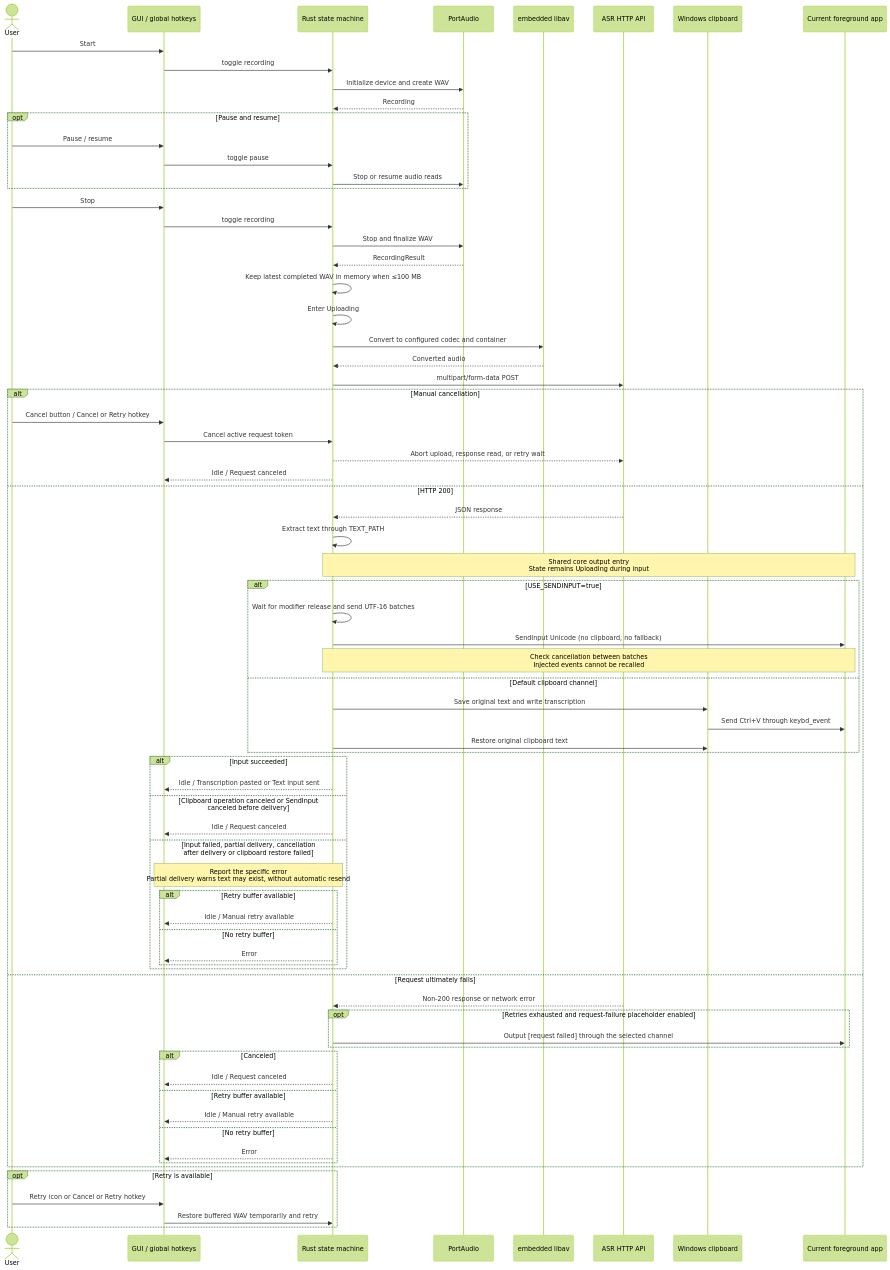
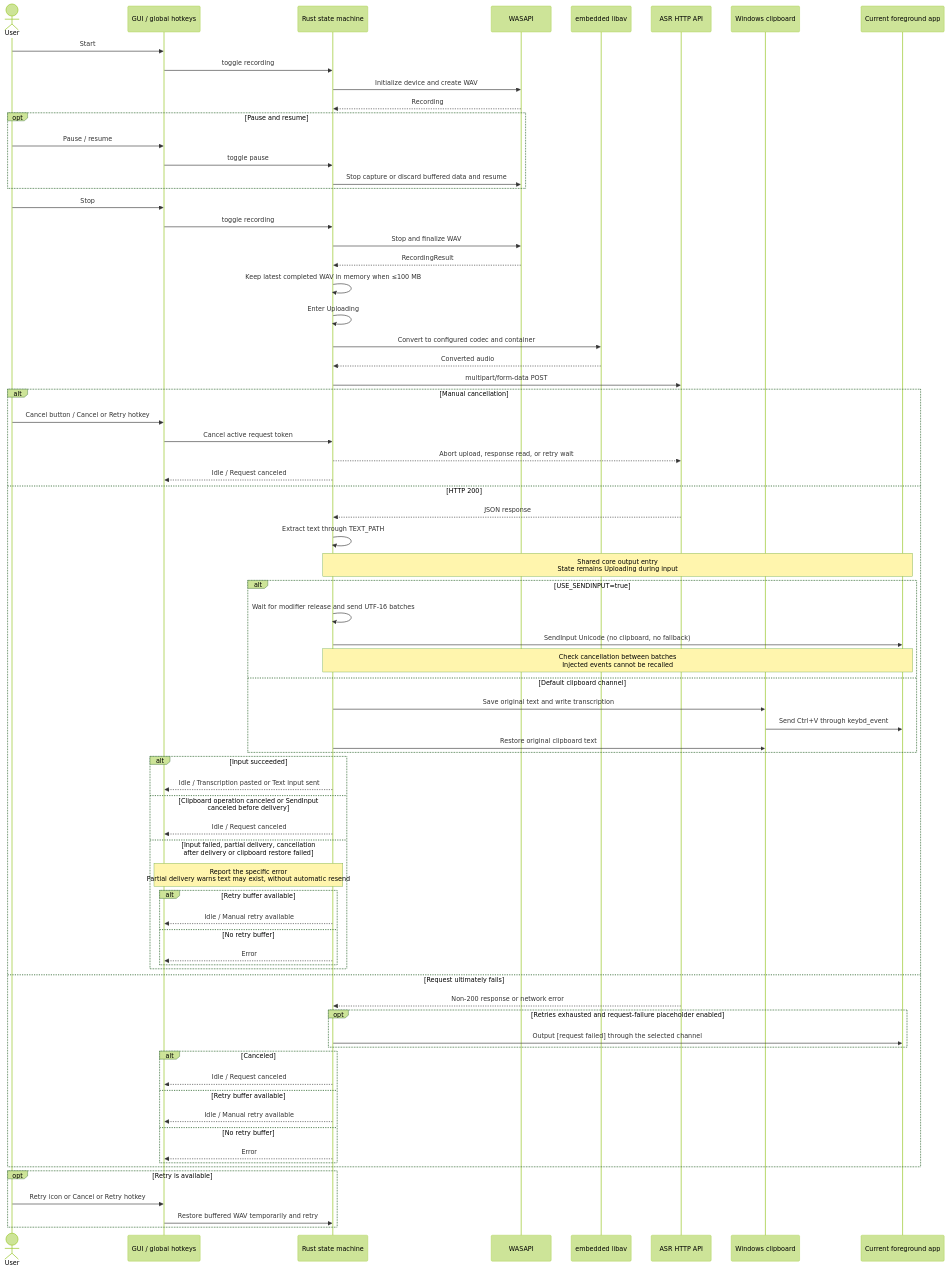
The second of 3 diagrams in README.md (Joey-Kot/STT-for-Windows), drawn with Mermaid (forest theme) before and after one commit. The commit also changed other lines of this file and 29 other files, not shown here.

````diff
--- a/README.md
+++ b/README.md
@@ -102,81 +103,81 @@
 ```mermaid
 sequenceDiagram
     actor User
     participant Control as GUI / global hotkeys
     participant Runtime as Rust state machine
-    participant Recorder as PortAudio
+    participant Recorder as WASAPI
     participant Converter as embedded libav
     participant ASR as ASR HTTP API
     participant Clipboard as Windows clipboard
     participant App as Current foreground app
 
     User->>Control: Start
     Control->>Runtime: toggle recording
     Runtime->>Recorder: Initialize device and create WAV
     Recorder-->>Runtime: Recording
 
     opt Pause and resume
         User->>Control: Pause / resume
         Control->>Runtime: toggle pause
-        Runtime->>Recorder: Stop or resume audio reads
+        Runtime->>Recorder: Stop capture or discard buffered data and resume
     end
 
     User->>Control: Stop
     Control->>Runtime: toggle recording
     Runtime->>Recorder: Stop and finalize WAV
     Recorder-->>Runtime: RecordingResult
     Runtime->>Runtime: Keep latest completed WAV in memory when ≤100 MB
     Runtime->>Runtime: Enter Uploading
     Runtime->>Converter: Convert to configured codec and container
     Converter-->>Runtime: Converted audio
     Runtime->>ASR: multipart/form-data POST
 
     alt Manual cancellation
         User->>Control: Cancel button / Cancel or Retry hotkey
         Control->>Runtime: Cancel active request token
         Runtime-->>ASR: Abort upload, response read, or retry wait
         Runtime-->>Control: Idle / Request canceled
     else HTTP 200
         ASR-->>Runtime: JSON response
         Runtime->>Runtime: Extract text through TEXT_PATH
         Note over Runtime,App: Shared core output entry<br/>State remains Uploading during input
         alt USE_SENDINPUT=true
             Runtime->>Runtime: Wait for modifier release and send UTF-16 batches
             Runtime->>App: SendInput Unicode (no clipboard, no fallback)
             Note over Runtime,App: Check cancellation between batches<br/>Injected events cannot be recalled
         else Default clipboard channel
             Runtime->>Clipboard: Save original text and write transcription
             Clipboard->>App: Send Ctrl+V through keybd_event
             Runtime->>Clipboard: Restore original clipboard text
         end
         alt Input succeeded
             Runtime-->>Control: Idle / Transcription pasted or Text input sent
         else Clipboard operation canceled or SendInput canceled before delivery
             Runtime-->>Control: Idle / Request canceled
         else Input failed, partial delivery, cancellation after delivery or clipboard restore failed
             Note over Runtime,Control: Report the specific error<br/>Partial delivery warns text may exist, without automatic resend
             alt Retry buffer available
                 Runtime-->>Control: Idle / Manual retry available
             else No retry buffer
                 Runtime-->>Control: Error
             end
         end
     else Request ultimately fails
         ASR-->>Runtime: Non-200 response or network error
         opt Retries exhausted and request-failure placeholder enabled
             Runtime->>App: Output [request failed] through the selected channel
         end
         alt Canceled
             Runtime-->>Control: Idle / Request canceled
         else Retry buffer available
             Runtime-->>Control: Idle / Manual retry available
         else No retry buffer
             Runtime-->>Control: Error
         end
     end
 
     opt Retry is available
         User->>Control: Retry icon or Cancel or Retry hotkey
         Control->>Runtime: Restore buffered WAV temporarily and retry
     end
 ```
````
